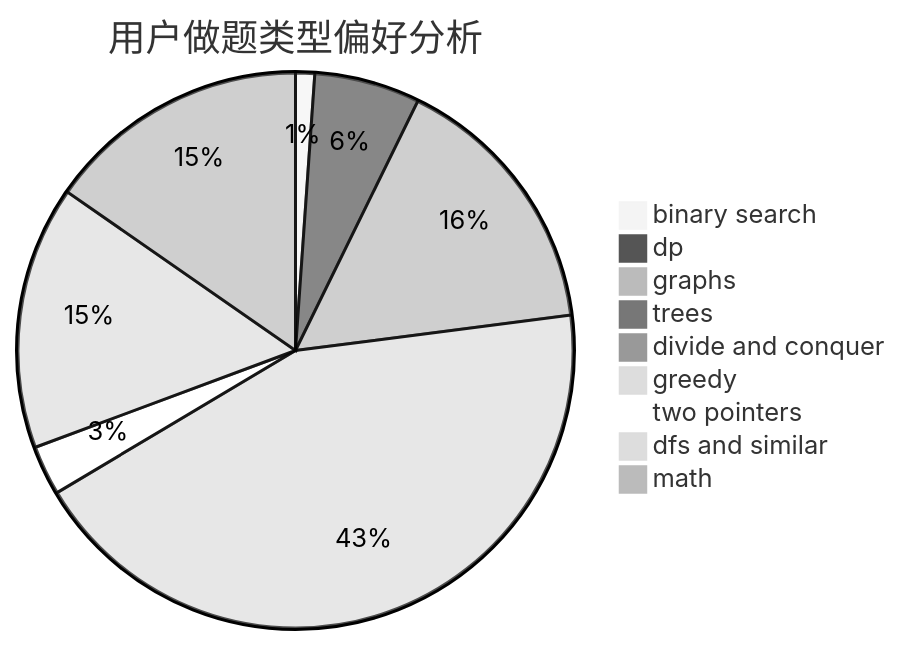
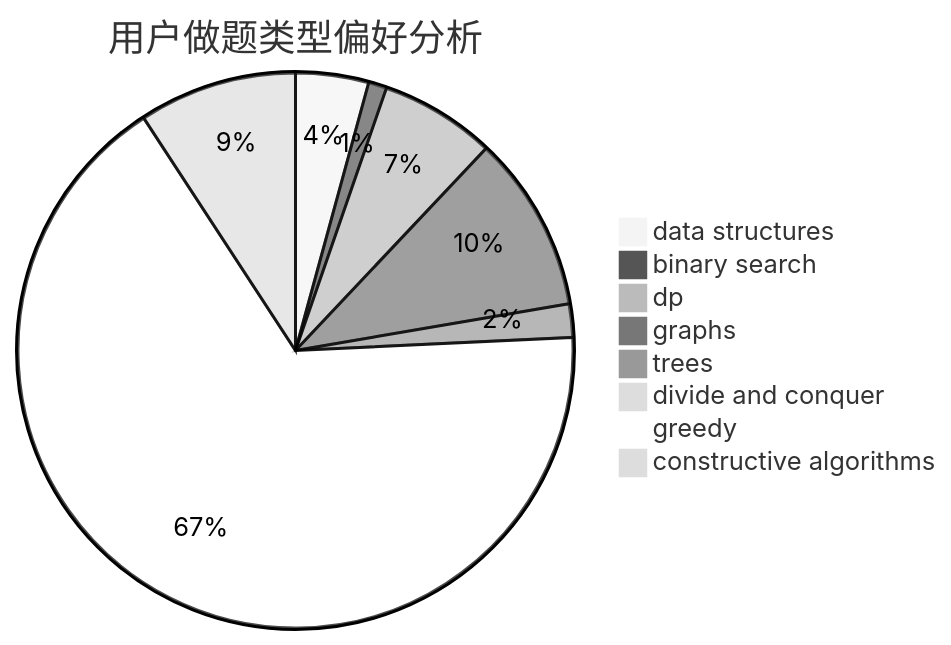
Before and after one commit to sherpahu/cfrs.github.io: the second of 3 diagrams in docs/user/u2011.md, drawn with Mermaid (neutral theme). The commit also changed other lines of this file and 2775 other files, not shown here.

````diff
--- a/docs/user/u2011.md
+++ b/docs/user/u2011.md
@@ -23,12 +23,11 @@
 ```mermaid
 pie title 用户做题类型偏好分析
-    "binary search" :  15
-    "dp" :  83
-    "graphs" :  212
-    "trees" :  12
-    "divide and conquer" :  1
-    "greedy" :  587
-    "two pointers" :  39
-    "dfs and similar" :  207
-    "math" :  207
+    "data structures" :  24
+    "binary search" :  6
+    "dp" :  38
+    "graphs" :  58
+    "trees" :  11
+    "divide and conquer" :  0
+    "greedy" :  376
+    "constructive algorithms" :  52
 ```
````
